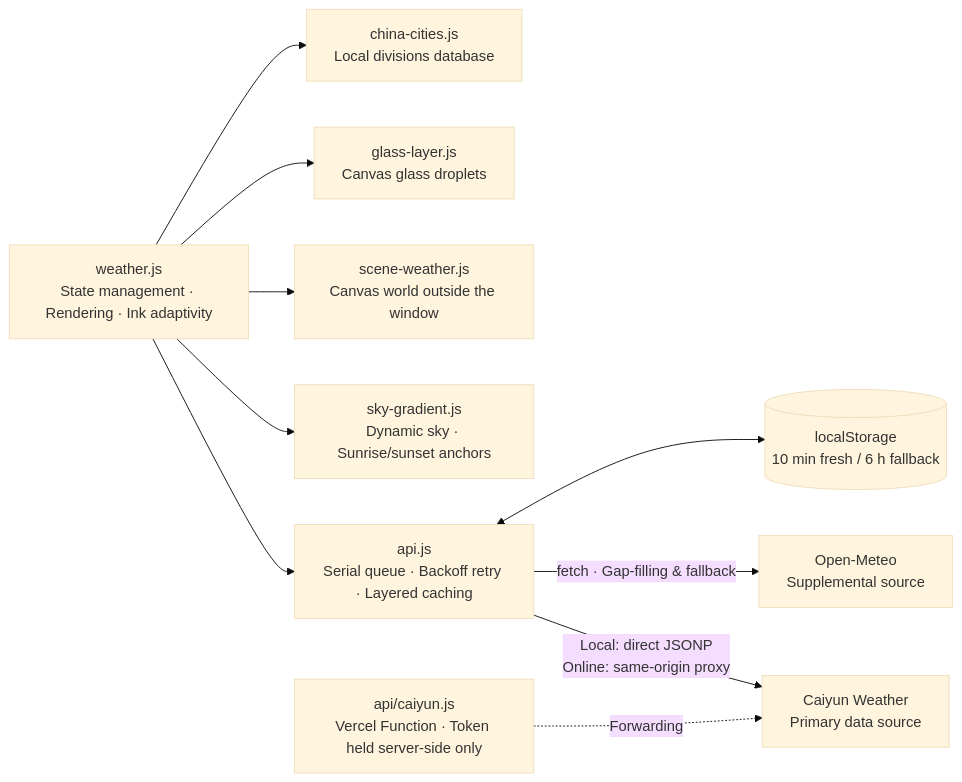
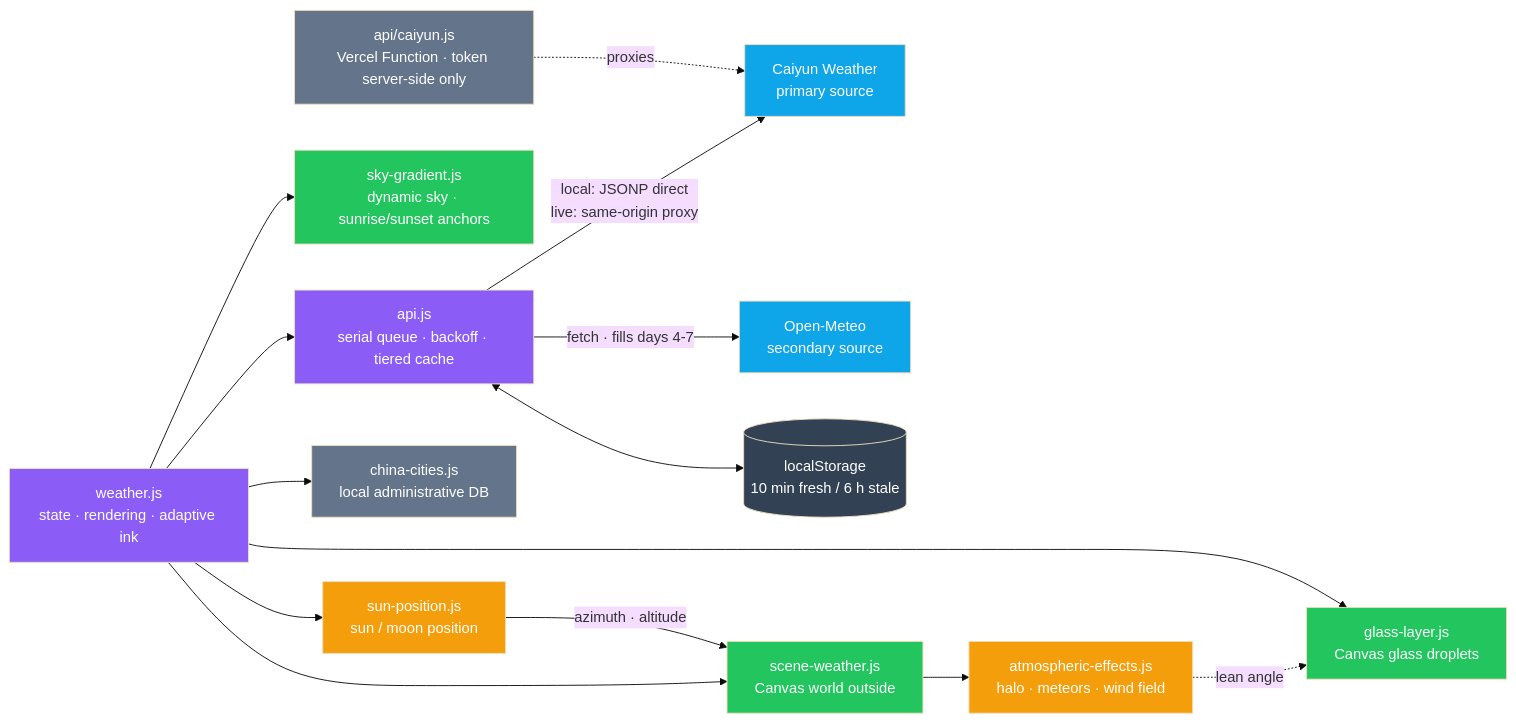
Before and after one commit to abobb414/AeroWeather: the diagram in README.en.md, drawn with Mermaid (base theme). The commit also changed other lines of this file and 19 other files, not shown here.

First line of the commit message:
Bump to 2.0.0 · 重写中英 README · 全部展示图重截

````diff
--- a/README.en.md
+++ b/README.en.md
@@ -146,12 +138,29 @@
 ```mermaid
 flowchart LR
-    A["weather.js<br/>State management · Rendering · Ink adaptivity"] --> B["api.js<br/>Serial queue · Backoff retry · Layered caching"]
-    B -->|"Local: direct JSONP<br/>Online: same-origin proxy"| C["Caiyun Weather<br/>Primary data source"]
-    B -->|"fetch · Gap-filling & fallback"| D["Open-Meteo<br/>Supplemental source"]
-    B <--> E[("localStorage<br/>10 min fresh / 6 h fallback")]
-    A --> F["sky-gradient.js<br/>Dynamic sky · Sunrise/sunset anchors"]
-    A --> G["scene-weather.js<br/>Canvas world outside the window"]
+    A["weather.js<br/>state · rendering · adaptive ink"] --> B["api.js<br/>serial queue · backoff · tiered cache"]
+    B -->|"local: JSONP direct<br/>live: same-origin proxy"| C["Caiyun Weather<br/>primary source"]
+    B -->|"fetch · fills days 4-7"| D["Open-Meteo<br/>secondary source"]
+    B <--> E[("localStorage<br/>10 min fresh / 6 h stale")]
+    A --> F["sky-gradient.js<br/>dynamic sky · sunrise/sunset anchors"]
+    A --> K["sun-position.js<br/>sun / moon position"]
+    A --> G["scene-weather.js<br/>Canvas world outside"]
+    K -->|"azimuth · altitude"| G
+    G --> G3["atmospheric-effects.js<br/>halo · meteors · wind field"]
+    G3 -.->|"lean angle"| H
     A --> H["glass-layer.js<br/>Canvas glass droplets"]
-    A --> I["china-cities.js<br/>Local divisions database"]
-    J["api/caiyun.js<br/>Vercel Function · Token held server-side only"] -.->|"Forwarding"| C
+    A --> I["china-cities.js<br/>local administrative DB"]
+    J["api/caiyun.js<br/>Vercel Function · token server-side only"] -.->|"proxies"| C
+
+    style A fill:#8b5cf6,color:#fff
+    style B fill:#8b5cf6,color:#fff
+    style C fill:#0ea5e9,color:#fff
+    style D fill:#0ea5e9,color:#fff
+    style E fill:#334155,color:#fff
+    style F fill:#22c55e,color:#fff
+    style K fill:#f59e0b,color:#fff
+    style G fill:#22c55e,color:#fff
+    style G3 fill:#f59e0b,color:#fff
+    style H fill:#22c55e,color:#fff
+    style I fill:#64748b,color:#fff
+    style J fill:#64748b,color:#fff
 ```
````
